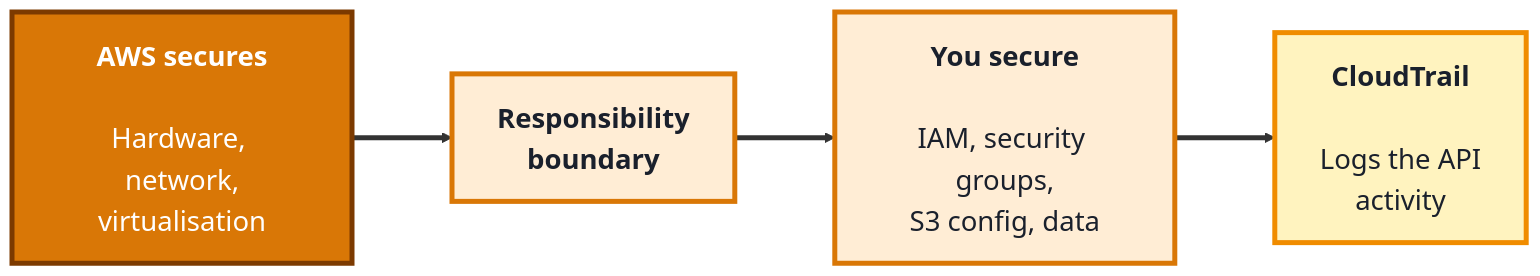
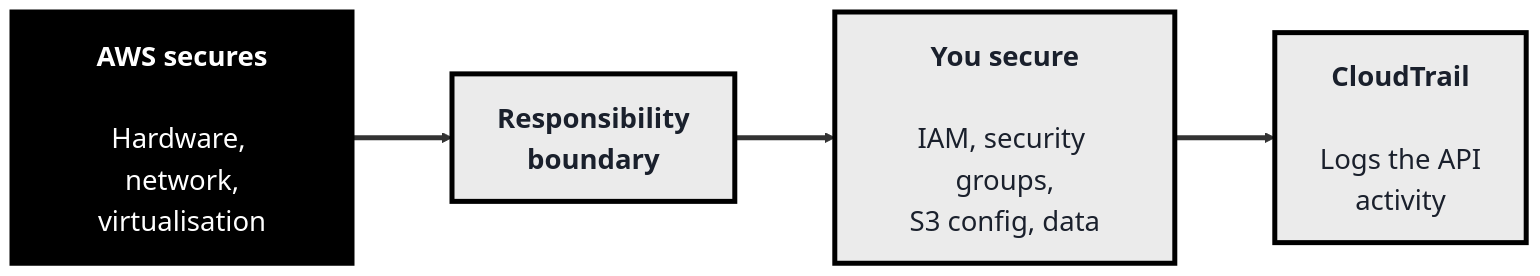
Before and after one commit to SHEMODELTECH/shemodeltech: the first of 3 diagrams in src/Pages/courses/TechGuard/module-6-cloud-security.md, drawn with Mermaid. The commit also changed other lines of this file and 46 other files, not shown here.

````diff
--- a/src/Pages/courses/TechGuard/module-6-cloud-security.md
+++ b/src/Pages/courses/TechGuard/module-6-cloud-security.md
@@ -20,16 +20,16 @@
 ```mermaid
-%%{init: {'theme':'base', 'themeVariables': {'fontSize':'22px', 'primaryTextColor':'#1a202c', 'primaryBorderColor':'#7c3a00', 'lineColor':'#333333'}, 'flowchart': {'nodeSpacing': 65, 'rankSpacing': 80, 'padding': 18}}}%%
+%%{init: {'theme':'base', 'themeVariables': {'fontSize':'22px', 'primaryTextColor':'#1a202c', 'primaryBorderColor':'#000000', 'lineColor':'#333333'}, 'flowchart': {'nodeSpacing': 65, 'rankSpacing': 80, 'padding': 18}}}%%
 flowchart LR
     AWS["<b>AWS secures</b><br/><br/>Hardware, network,<br/>virtualisation"]
     LINE["<b>Responsibility<br/>boundary</b>"]
     YOU["<b>You secure</b><br/><br/>IAM, security groups,<br/>S3 config, data"]
     LOG["<b>CloudTrail</b><br/><br/>Logs the API<br/>activity"]
 
     AWS ==> LINE ==> YOU ==> LOG
 
-    style AWS fill:#d97706,color:#fff,stroke:#7c3a00,stroke-width:4px
-    style LINE fill:#ffedd5,color:#1a202c,stroke:#d97706,stroke-width:4px
-    style YOU fill:#ffedd5,color:#1a202c,stroke:#d97706,stroke-width:4px
-    style LOG fill:#fff3bf,color:#1a202c,stroke:#f08c00,stroke-width:4px
+    style AWS fill:#000000,color:#fff,stroke:#000000,stroke-width:4px
+    style LINE fill:#EBEBEB,color:#1a202c,stroke:#000000,stroke-width:4px
+    style YOU fill:#EBEBEB,color:#1a202c,stroke:#000000,stroke-width:4px
+    style LOG fill:#EBEBEB,color:#1a202c,stroke:#000000,stroke-width:4px
     linkStyle default stroke-width:4px,stroke:#333333
 ```
````
